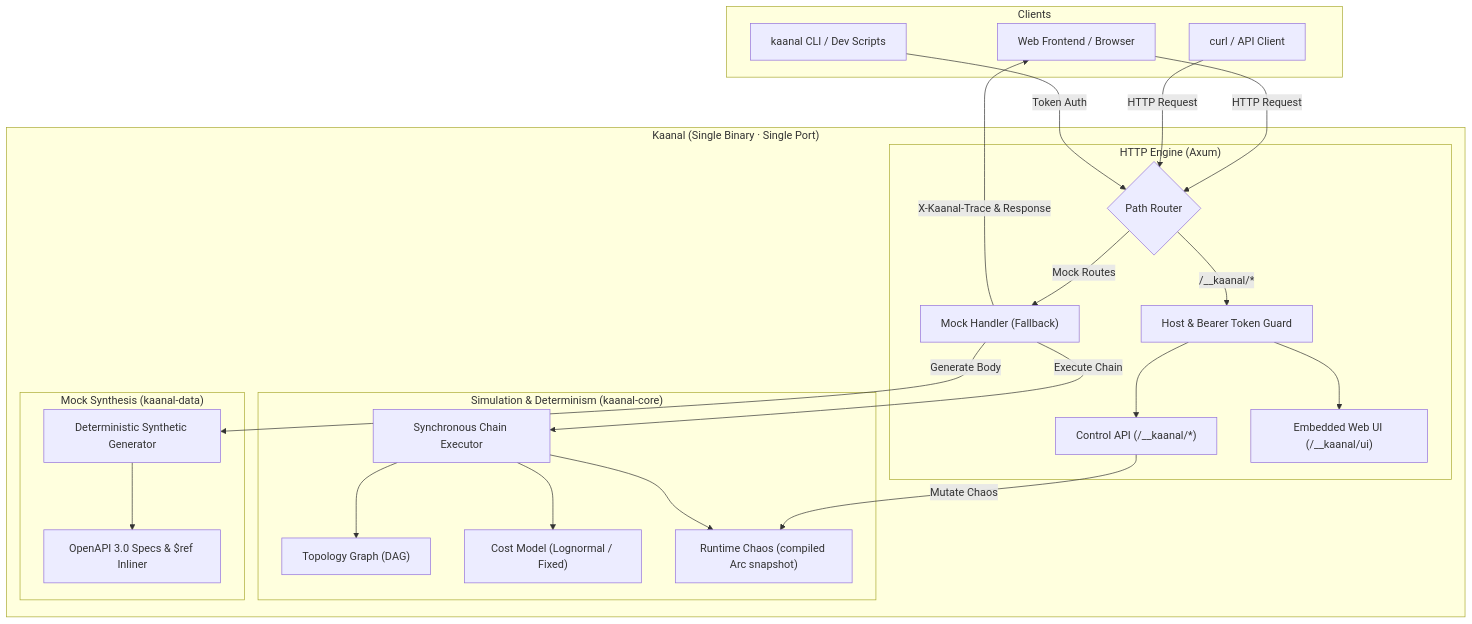
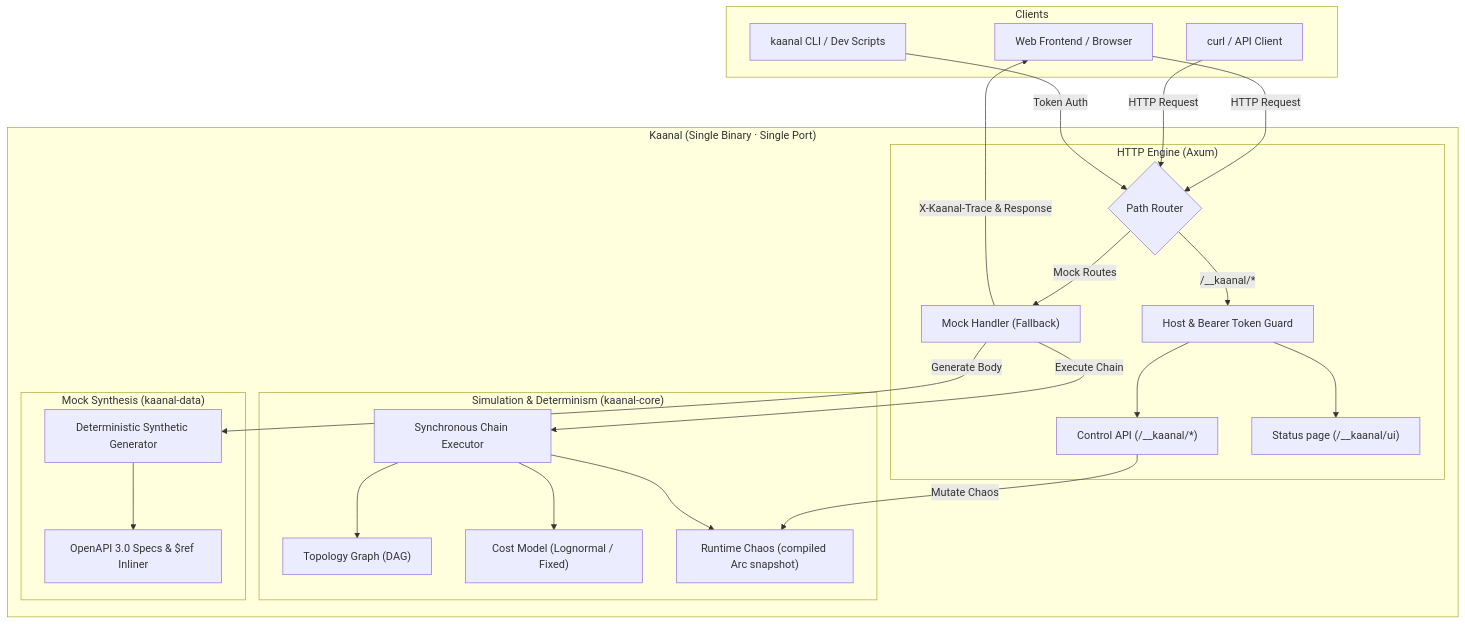
Before and after one commit to Naveen2070/kaanal: the diagram in README.md, drawn with Mermaid. The commit also changed 27 other files, not shown here.

First line of the commit message:
feat(server): the plan record carries the report's sentences, a token-less status page, a richer health route

````diff
--- a/README.md
+++ b/README.md
@@ -7,50 +7,50 @@
 ```mermaid
 flowchart TD
     subgraph Clients["Clients"]
         Browser["Web Frontend / Browser"]
         Curl["curl / API Client"]
         AdminCLI["kaanal CLI / Dev Scripts"]
     end
 
     subgraph Kaanal["Kaanal (Single Binary · Single Port)"]
         subgraph Server["HTTP Engine (Axum)"]
             Router{"Path Router"}
             Guard["Host & Bearer Token Guard"]
             ControlAPI["Control API (/__kaanal/*)"]
-            WebUI["Embedded Web UI (/__kaanal/ui)"]
+            WebUI["Status page (/__kaanal/ui)"]
             MockHandler["Mock Handler (Fallback)"]
         end
 
         subgraph Core["Simulation & Determinism (kaanal-core)"]
             Executor["Synchronous Chain Executor"]
             Topo["Topology Graph (DAG)"]
             CostModel["Cost Model (Lognormal / Fixed)"]
             ChaosState["Runtime Chaos (compiled Arc snapshot)"]
         end
 
         subgraph Data["Mock Synthesis (kaanal-data)"]
             OpenAPIRef["OpenAPI 3.0 Specs & $ref Inliner"]
             Generator["Deterministic Synthetic Generator"]
         end
     end
 
     Browser -->|HTTP Request| Router
     Curl -->|HTTP Request| Router
     AdminCLI -->|Token Auth| Router
 
     Router -->|/__kaanal/*| Guard
     Guard --> ControlAPI
     Guard --> WebUI
     Router -->|Mock Routes| MockHandler
 
     ControlAPI -->|Mutate Chaos| ChaosState
     MockHandler -->|Execute Chain| Executor
     Executor --> Topo
     Executor --> CostModel
     Executor --> ChaosState
 
     MockHandler -->|Generate Body| Generator
     Generator --> OpenAPIRef
 
     MockHandler -->|X-Kaanal-Trace & Response| Browser
 ```
````
